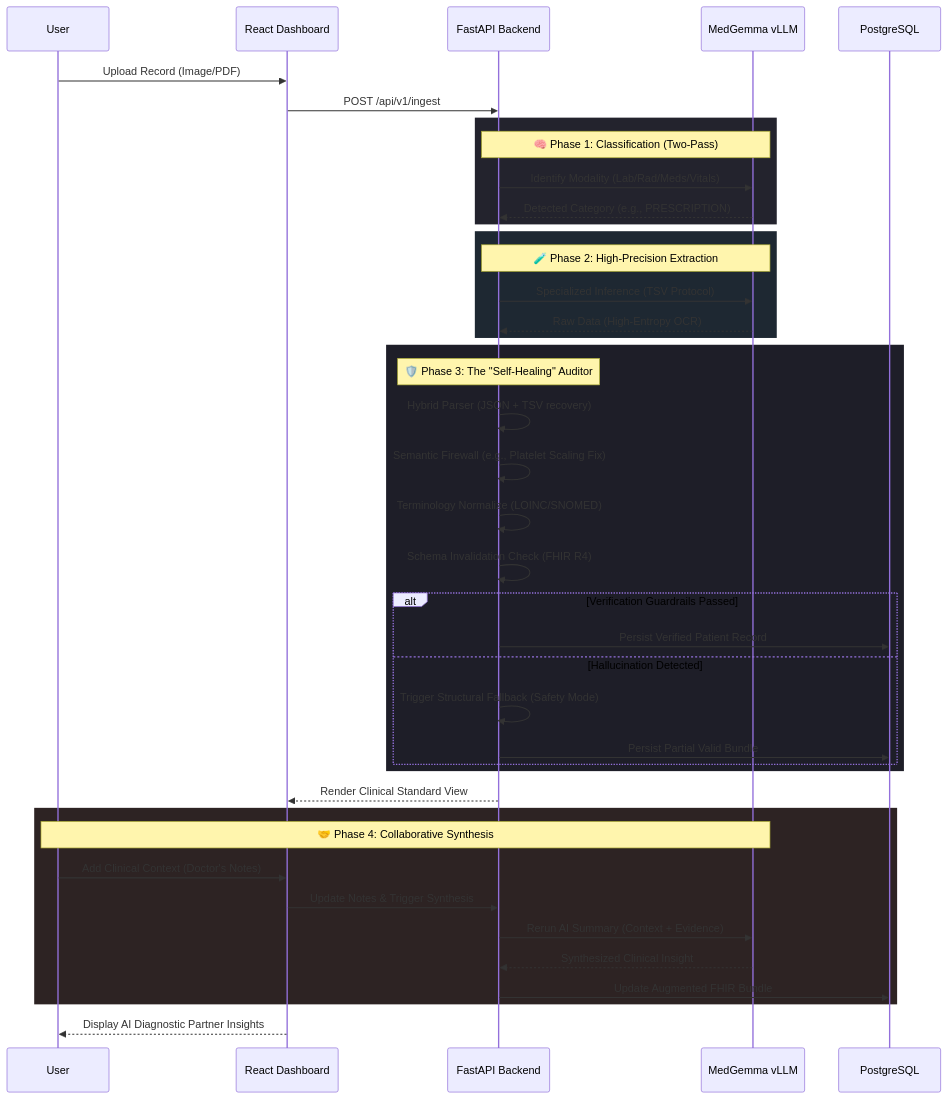
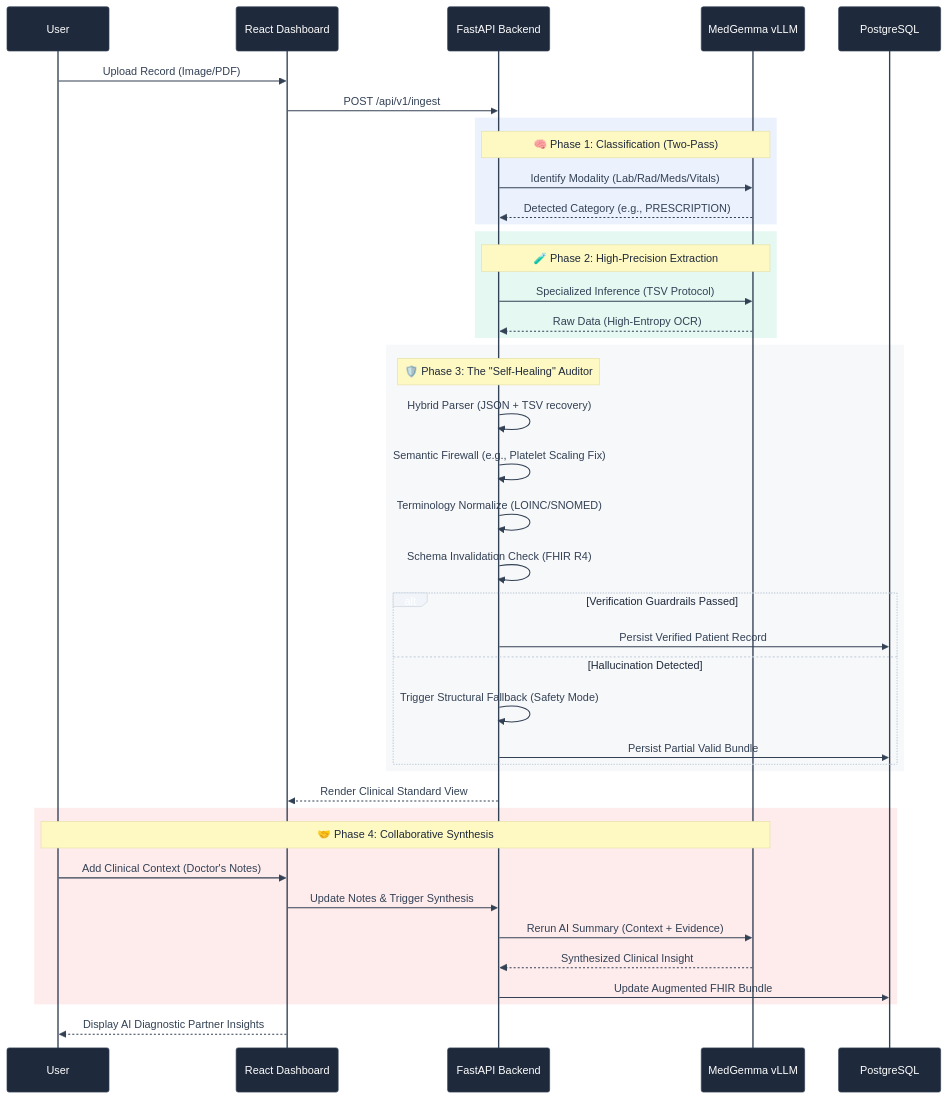
Before and after one commit to ALIENvsROBOT/challenge_kaggle: the diagram in README.md, drawn with Mermaid. The commit also changed 1 other file, not shown here.

Commit message:
feat: Add project description document and update mermaid diagram styling in README.

````diff
--- a/README.md
+++ b/README.md
@@ -77,51 +77,71 @@
 ```mermaid
+%%{init: {
+  'theme': 'base',
+  'themeVariables': {
+    'background': 'transparent',
+    'primaryColor': '#1e293b',
+    'primaryTextColor': '#ffffff',
+    'primaryBorderColor': '#334155',
+    'lineColor': '#64748b',
+    'secondaryColor': '#f8fafc',
+    'tertiaryColor': '#f1f5f9',
+    'noteBkgColor': '#fef9c3',
+    'noteTextColor': '#1e293b',
+    'actorTextColor': '#ffffff',
+    'signalColor': '#334155',
+    'signalTextColor': '#334155',
+    'labelBoxBkgColor': '#f1f5f9',
+    'labelBoxBorderColor': '#cbd5e1',
+    'loopTextColor': '#1e293b'
+  }
+}}%%
 sequenceDiagram
     participant User
     participant UI as React Dashboard
     participant API as FastAPI Backend
     participant LLM as MedGemma vLLM
     participant DB as PostgreSQL
 
     User->>UI: Upload Record (Image/PDF)
     UI->>API: POST /api/v1/ingest
 
-    rect rgb(35, 35, 45)
+    rect rgba(59, 130, 246, 0.1)
     Note over API, LLM: 🧠 Phase 1: Classification (Two-Pass)
     API->>LLM: Identify Modality (Lab/Rad/Meds/Vitals)
     LLM-->>API: Detected Category (e.g., PRESCRIPTION)
     end
 
-    rect rgb(30, 40, 50)
+    rect rgba(16, 185, 129, 0.1)
     Note over API, LLM: 🧪 Phase 2: High-Precision Extraction
     API->>LLM: Specialized Inference (TSV Protocol)
     LLM-->>API: Raw Data (High-Entropy OCR)
     end
 
-    rect rgb(30, 30, 40)
+    rect rgba(100, 116, 139, 0.05)
     Note over API: 🛡️ Phase 3: The "Self-Healing" Auditor
     API->>API: Hybrid Parser (JSON + TSV recovery)
     API->>API: Semantic Firewall (e.g., Platelet Scaling Fix)
     API->>API: Terminology Normalize (LOINC/SNOMED)
     API->>API: Schema Invalidation Check (FHIR R4)
 
     alt Verification Guardrails Passed
         API->>DB: Persist Verified Patient Record
     else Hallucination Detected
         API->>API: Trigger Structural Fallback (Safety Mode)
         API->>DB: Persist Partial Valid Bundle
     end
     end
 
     API-->>UI: Render Clinical Standard View
 
-    rect rgb(45, 35, 35)
+    rect rgba(239, 68, 68, 0.1)
     Note over User, LLM: 🤝 Phase 4: Collaborative Synthesis
     User->>UI: Add Clinical Context (Doctor's Notes)
     UI->>API: Update Notes & Trigger Synthesis
     API->>LLM: Rerun AI Summary (Context + Evidence)
     LLM-->>API: Synthesized Clinical Insight
     API->>DB: Update Augmented FHIR Bundle
     end
 
     UI-->>User: Display AI Diagnostic Partner Insights
 ```
````
